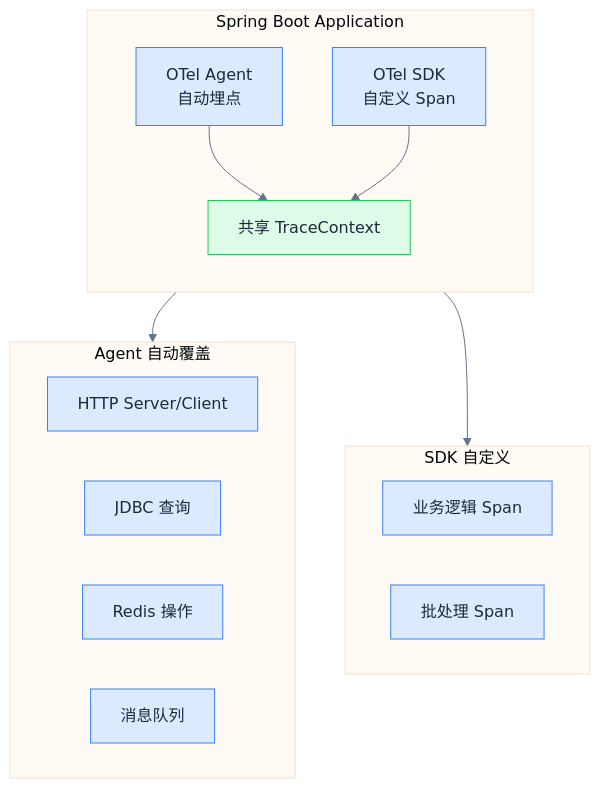
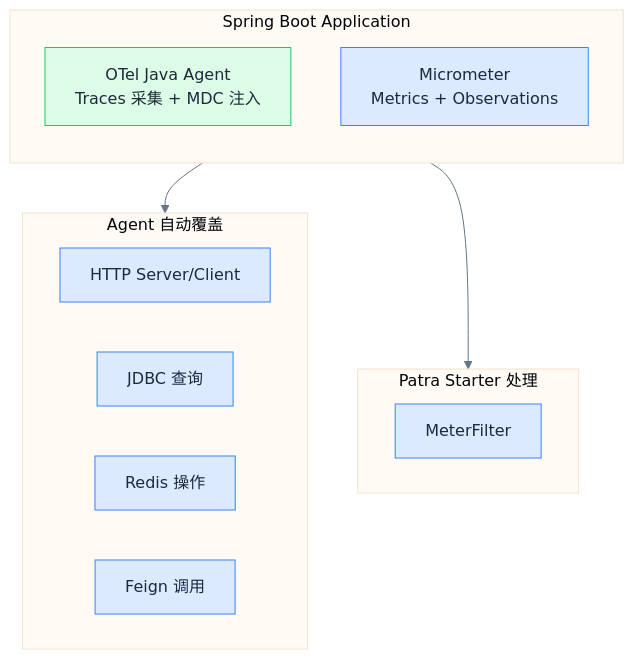
Before and after one commit to linqibin0826/patra: the first of 3 diagrams in patra-api/docs/designs/observability/04-otel-integration.md, drawn with Mermaid. The commit also changed other lines of this file and 4 other files, not shown here.

````diff
--- a/patra-api/docs/designs/observability/04-otel-integration.md
+++ b/patra-api/docs/designs/observability/04-otel-integration.md
@@ -51,40 +30,36 @@
 ```mermaid
 %%{init: {
   'theme': 'base',
   'themeVariables': {
     'primaryColor': '#dbeafe',
     'primaryTextColor': '#1e293b',
     'primaryBorderColor': '#3b82f6',
     'lineColor': '#64748b',
     'edgeLabelBackground': '#f1f5f9'
   }
 }}%%
 flowchart TD
     subgraph App["Spring Boot Application"]
         direction TB
-        Agent[OTel Agent\n自动埋点]
-        SDK[OTel SDK\n自定义 Span]
-        Shared[共享 TraceContext]
+        Agent[OTel Java Agent<br/>Traces 采集 + MDC 注入]
+        Micrometer[Micrometer<br/>Metrics + Observations]
     end
 
     subgraph Auto["Agent 自动覆盖"]
         HTTP[HTTP Server/Client]
         JDBC[JDBC 查询]
         Redis[Redis 操作]
-        MQ[消息队列]
+        Feign[Feign 调用]
     end
 
-    subgraph Custom["SDK 自定义"]
-        Biz[业务逻辑 Span]
-        Batch[批处理 Span]
+    subgraph Patra["Patra Starter 处理"]
+        MeterFilter[MeterFilter]
     end
 
-    Agent --> Shared
-    SDK --> Shared
     Agent --> Auto
-    SDK --> Custom
+    Micrometer --> Patra
 
     classDef default fill:#dbeafe,stroke:#3b82f6,color:#1e293b;
-    classDef shared fill:#dcfce7,stroke:#22c55e,color:#1e293b;
-    class Shared shared;
+    classDef agent fill:#dcfce7,stroke:#22c55e,color:#1e293b;
+    class Agent agent;
 ```
````
